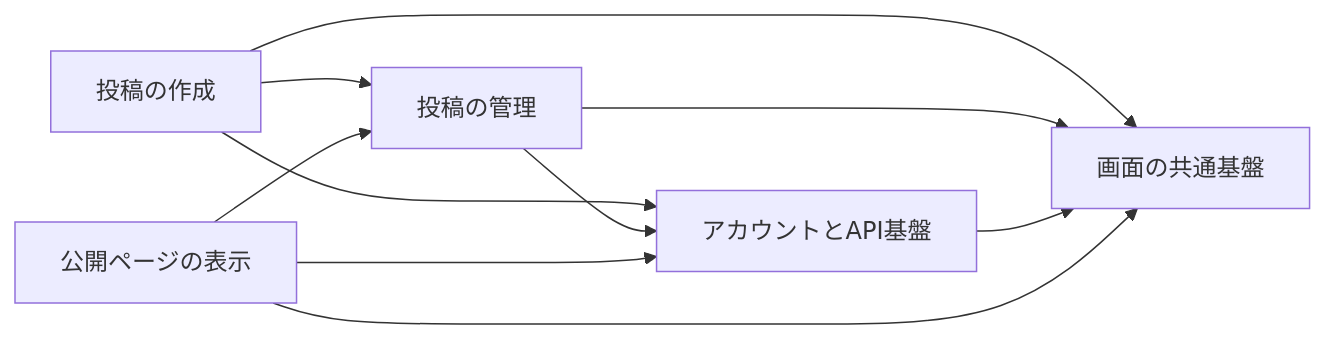
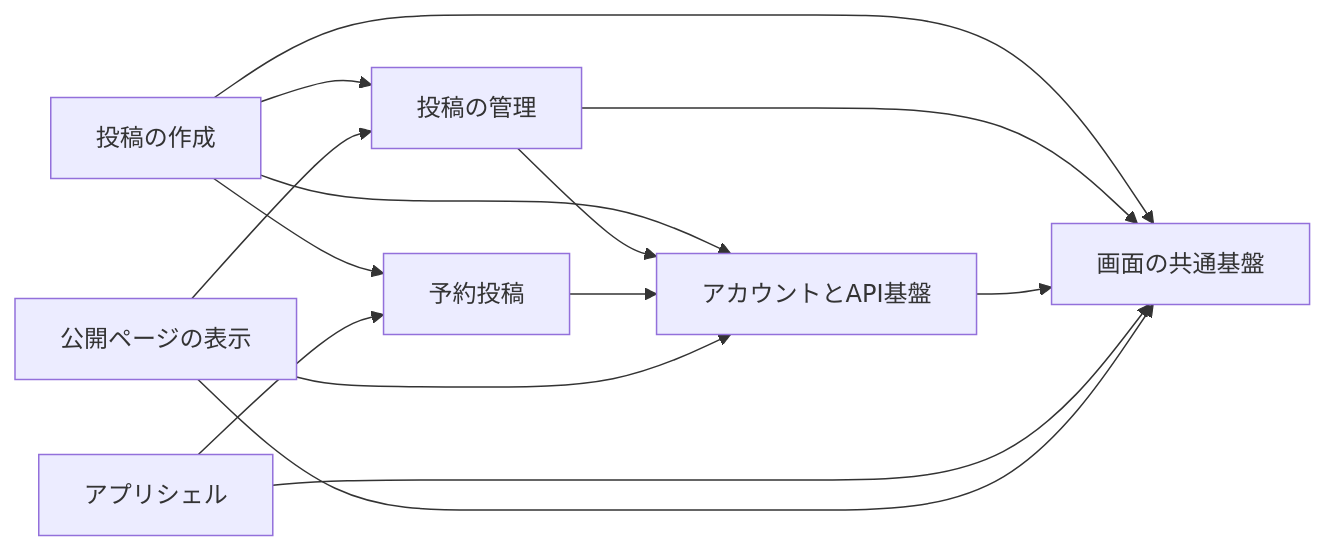
Before and after one commit to nekono-dev/skyshare: the first of 4 diagrams in docs/architecture.md, drawn with Mermaid. The commit also changed other lines of this file and 165 other files, not shown here.

````diff
--- a/docs/architecture.md
+++ b/docs/architecture.md
@@ -33,12 +37,16 @@
 ```mermaid
 flowchart LR
   compose["投稿の作成"] --> manage["投稿の管理"]
   compose --> common["画面の共通基盤"]
   compose --> base["アカウントとAPI基盤"]
   manage --> common
   manage --> base
   base --> common
+  schedule["予約投稿"] --> base
+  compose --> schedule
+  shell["アプリシェル"] --> common
+  shell --> schedule
   view["公開ページの表示"] --> common
   view --> base
   view --> manage
 ```
````
